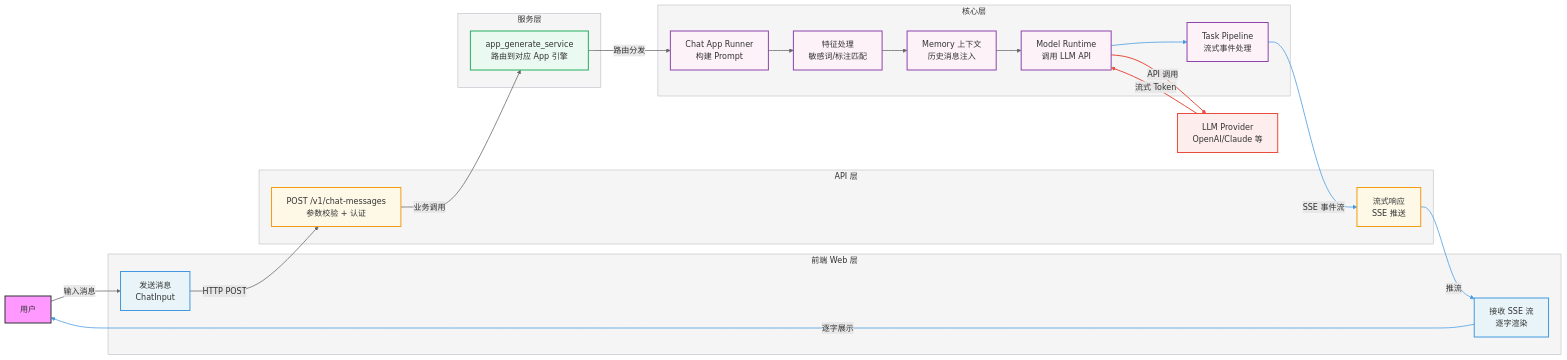
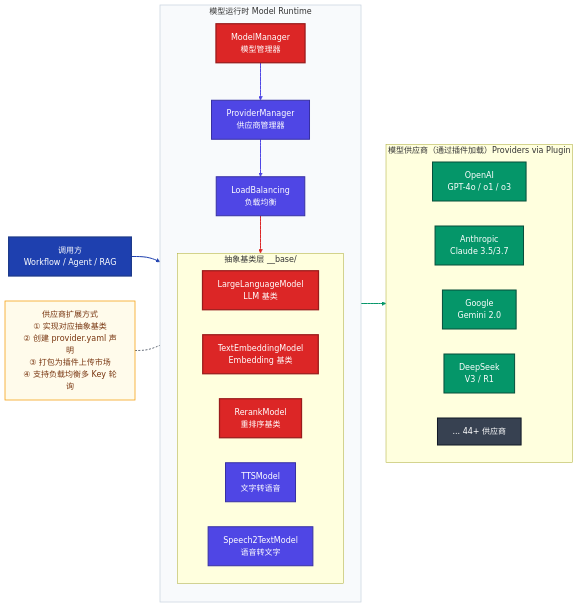
One commit to amuqiao/AI-Engineering-Knowledge-Base changed the tenth of 16 diagrams in 2.AI 工程/Dify/Dify架构分析文档.md. Above: the diagram before and after it, drawn with Mermaid. The commit also changed other lines of this file and 22 other files, not shown here.

````diff
--- a/2.AI 工程/Dify/Dify架构分析文档.md
+++ b/2.AI 工程/Dify/Dify架构分析文档.md
@@ -443,58 +943,58 @@
 ```mermaid
 flowchart LR
-    classDef userStyle fill:#f9f,stroke:#333,stroke-width:2px
-    classDef frontendStyle fill:#e8f4f8,stroke:#4299e1,stroke-width:2px
-    classDef apiStyle fill:#fef9e7,stroke:#f39c12,stroke-width:2px
-    classDef serviceStyle fill:#eafaf1,stroke:#27ae60,stroke-width:2px
-    classDef coreStyle fill:#fdf2f8,stroke:#8e44ad,stroke-width:2px
-    classDef llmStyle fill:#fdedec,stroke:#e74c3c,stroke-width:2px
-    classDef subgraphStyle fill:#f5f5f5,stroke:#adb5bd,stroke-width:1px
+    %% ── 配色定义 ──────────────────────────────────────────────
+    classDef userStyle     fill:#1e40af,stroke:#1e3a8a,stroke-width:2.5px,color:#fff
+    classDef routeStyle    fill:#4f46e5,stroke:#3730a3,stroke-width:2px,color:#fff
+    classDef coreStyle     fill:#dc2626,stroke:#991b1b,stroke-width:2.5px,color:#fff
+    classDef storeStyle    fill:#059669,stroke:#064e3b,stroke-width:2px,color:#fff
+    classDef dbStyle       fill:#374151,stroke:#111827,stroke-width:2px,color:#fff
+    classDef noteStyle     fill:#fffbeb,stroke:#f59e0b,stroke-width:1.5px,color:#78350f
+    classDef layerStyle    fill:#f8fafc,stroke:#cbd5e0,stroke-width:1.5px
 
-    User[用户]:::userStyle
+    CALLER["调用方<br>Workflow / Agent / RAG"]:::userStyle
 
-    subgraph webLayer["前端 Web 层"]
-        W1[发送消息<br/>ChatInput]:::frontendStyle
-        W2[接收 SSE 流<br/>逐字渲染]:::frontendStyle
+    subgraph Runtime["模型运行时 Model Runtime"]
+        direction TB
+        MM["ModelManager<br>模型管理器"]:::coreStyle
+        PM["ProviderManager<br>供应商管理器"]:::routeStyle
+        LB["LoadBalancing<br>负载均衡"]:::routeStyle
+
+        subgraph AbstractBase["抽象基类层 __base/"]
+            direction LR
+            LLM_BASE["LargeLanguageModel<br>LLM 基类"]:::coreStyle
+            EMB_BASE["TextEmbeddingModel<br>Embedding 基类"]:::coreStyle
+            RERANK_BASE["RerankModel<br>重排序基类"]:::coreStyle
+            TTS_BASE["TTSModel<br>文字转语音"]:::routeStyle
+            STT_BASE["Speech2TextModel<br>语音转文字"]:::routeStyle
+        end
+        class AbstractBase layerStyle
     end
-    class webLayer subgraphStyle
+    class Runtime layerStyle
 
-    subgraph apiLayer["API 层"]
-        A1[POST /v1/chat-messages<br/>参数校验 + 认证]:::apiStyle
-        A2[流式响应<br/>SSE 推送]:::apiStyle
+    subgraph Providers["模型供应商（通过插件加载）Providers via Plugin"]
+        direction LR
+        OAI["OpenAI<br>GPT-4o / o1 / o3"]:::storeStyle
+        ANT["Anthropic<br>Claude 3.5/3.7"]:::storeStyle
+        GMN["Google<br>Gemini 2.0"]:::storeStyle
+        DS["DeepSeek<br>V3 / R1"]:::storeStyle
+        MORE_P["... 44+ 供应商"]:::dbStyle
     end
-    class apiLayer subgraphStyle
+    class Providers layerStyle
 
-    subgraph serviceLayer["服务层"]
-        S1[app_generate_service<br/>路由到对应 App 引擎]:::serviceStyle
-    end
-    class serviceLayer subgraphStyle
+    CALLER --> MM
+    MM --> PM
+    PM --> LB
+    LB --> AbstractBase
+    AbstractBase --> Providers
 
-    subgraph coreLayer["核心层"]
-        C1[Chat App Runner<br/>构建 Prompt]:::coreStyle
-        C2[特征处理<br/>敏感词/标注匹配]:::coreStyle
-        C3[Memory 上下文<br/>历史消息注入]:::coreStyle
-        C4[Model Runtime<br/>调用 LLM API]:::coreStyle
-        C5[Task Pipeline<br/>流式事件处理]:::coreStyle
-    end
-    class coreLayer subgraphStyle
+    NOTE["供应商扩展方式<br>① 实现对应抽象基类<br>② 创建 provider.yaml 声明<br>③ 打包为插件上传市场<br>④ 支持负载均衡多 Key 轮询"]:::noteStyle
+    NOTE -.- PM
 
-    LLM[LLM Provider<br/>OpenAI/Claude 等]:::llmStyle
-
-    User -->|输入消息| W1
-    W1 -->|HTTP POST| A1
-    A1 -->|业务调用| S1
-    S1 -->|路由分发| C1
-    C1 --> C2
-    C2 --> C3
-    C3 --> C4
-    C4 -->|API 调用| LLM
-    LLM -->|流式 Token| C4
-    C4 --> C5
-    C5 -->|SSE 事件流| A2
-    A2 -->|推流| W2
-    W2 -->|逐字展示| User
-
-    linkStyle 0,1,2,3,4,5,6 stroke:#666,stroke-width:1.5px
-    linkStyle 7,8 stroke:#e74c3c,stroke-width:2px
-    linkStyle 9,10,11,12 stroke:#4299e1,stroke-width:1.5px
+    %% 边索引：0-4，共 5 条
+    linkStyle 0 stroke:#1e40af,stroke-width:2px
+    linkStyle 1 stroke:#4f46e5,stroke-width:2px
+    linkStyle 2 stroke:#4f46e5,stroke-width:2px
+    linkStyle 3 stroke:#dc2626,stroke-width:2px
+    linkStyle 4 stroke:#059669,stroke-width:2px
+    linkStyle 5 stroke:#374151,stroke-width:1.5px,stroke-dasharray:4 3
 ```
````
